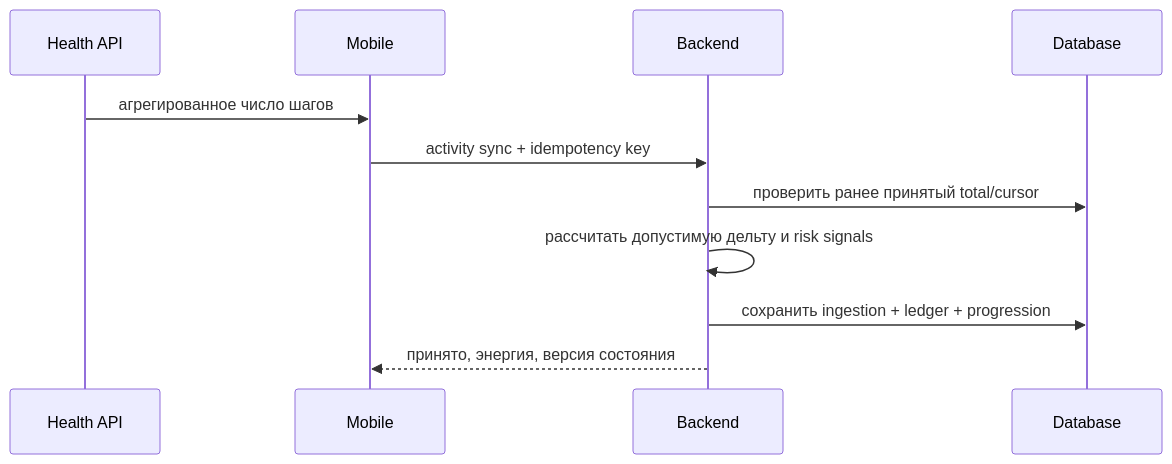
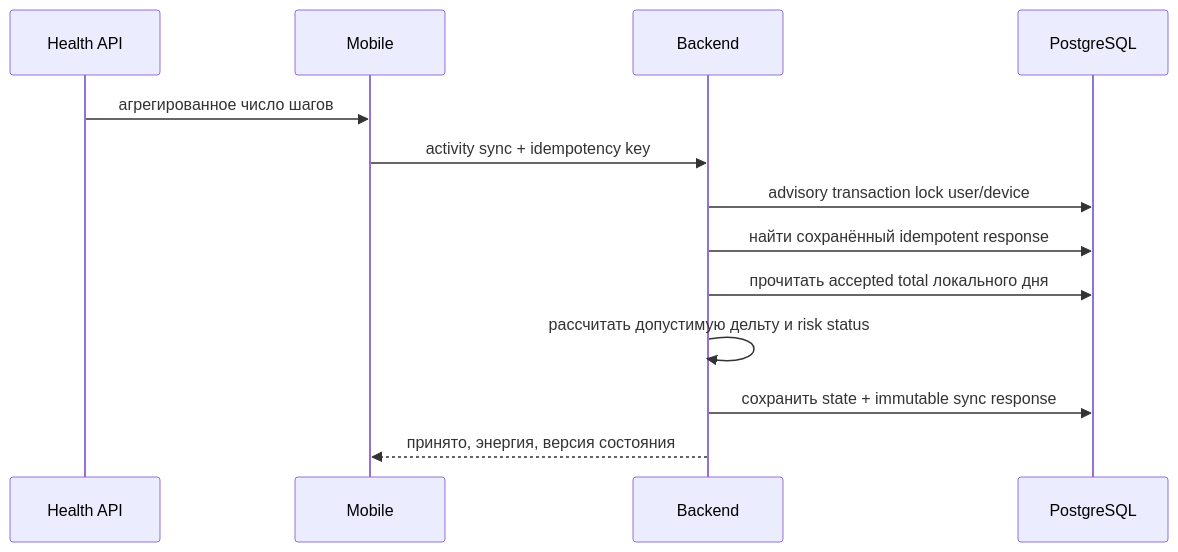
Before and after one commit to MKSEgr/walking-rpg: the diagram in docs/ARCHITECTURE.md, drawn with Mermaid. The commit also changed other lines of this file, not shown here.

Commit message:
docs: describe transactional activity persistence architecture

````diff
--- a/docs/ARCHITECTURE.md
+++ b/docs/ARCHITECTURE.md
@@ -40,14 +41,16 @@
 ```mermaid
 sequenceDiagram
     participant H as Health API
     participant M as Mobile
     participant B as Backend
-    participant D as Database
+    participant D as PostgreSQL
 
     H->>M: агрегированное число шагов
     M->>B: activity sync + idempotency key
-    B->>D: проверить ранее принятый total/cursor
-    B->>B: рассчитать допустимую дельту и risk signals
-    B->>D: сохранить ingestion + ledger + progression
+    B->>D: advisory transaction lock user/device
+    B->>D: найти сохранённый idempotent response
+    B->>D: прочитать accepted total локального дня
+    B->>B: рассчитать допустимую дельту и risk status
+    B->>D: сохранить state + immutable sync response
     B-->>M: принято, энергия, версия состояния
 ```
````
